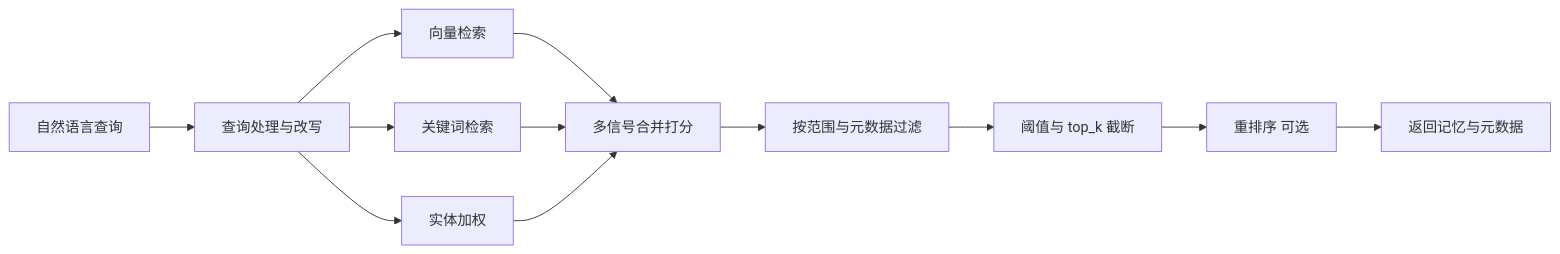
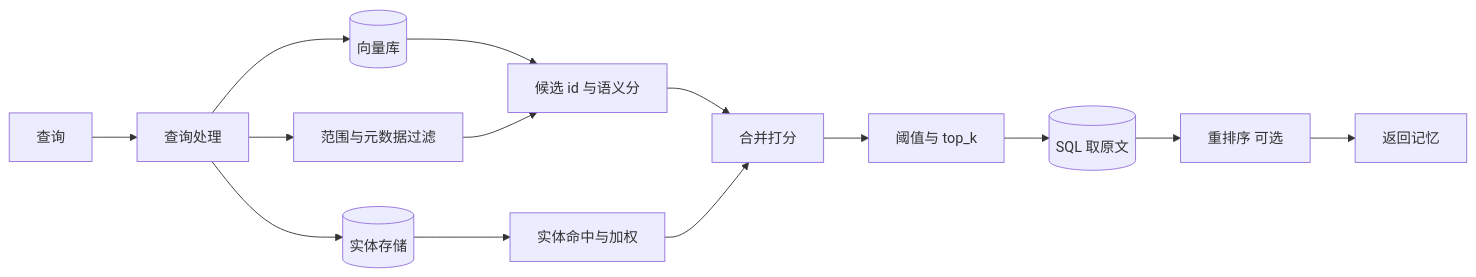
Before and after one commit to c926694/obsidian_note: the first of 2 diagrams in agent/memory.md, drawn with Mermaid.

Commit message:
vault backup: 2026-10-05 17:19:23

````diff
--- a/agent/memory.md
+++ b/agent/memory.md
@@ -68,14 +68,16 @@
 ```mermaid
 flowchart LR
-    Q[自然语言查询] --> P[查询处理与改写]
-    P --> S[向量检索]
-    P --> K[关键词检索]
-    P --> E[实体加权]
-    S --> M[多信号合并打分]
-    K --> M
-    E --> M
-    M --> F[按范围与元数据过滤]
-    F --> T[阈值与 top_k 截断]
-    T --> R[重排序 可选]
-    R --> O[返回记忆与元数据]
+    Q[查询] --> P[查询处理]
+    P --> V[(向量库)]
+    P --> E[(实体存储)]
+    P --> F[范围与元数据过滤]
+    V --> C[候选 id 与语义分]
+    E --> B[实体命中与加权]
+    F --> C
+    C --> M[合并打分]
+    B --> M
+    M --> T[阈值与 top_k]
+    T --> S[(SQL 取原文)]
+    S --> R[重排序 可选]
+    R --> O[返回记忆]
 ```
````
